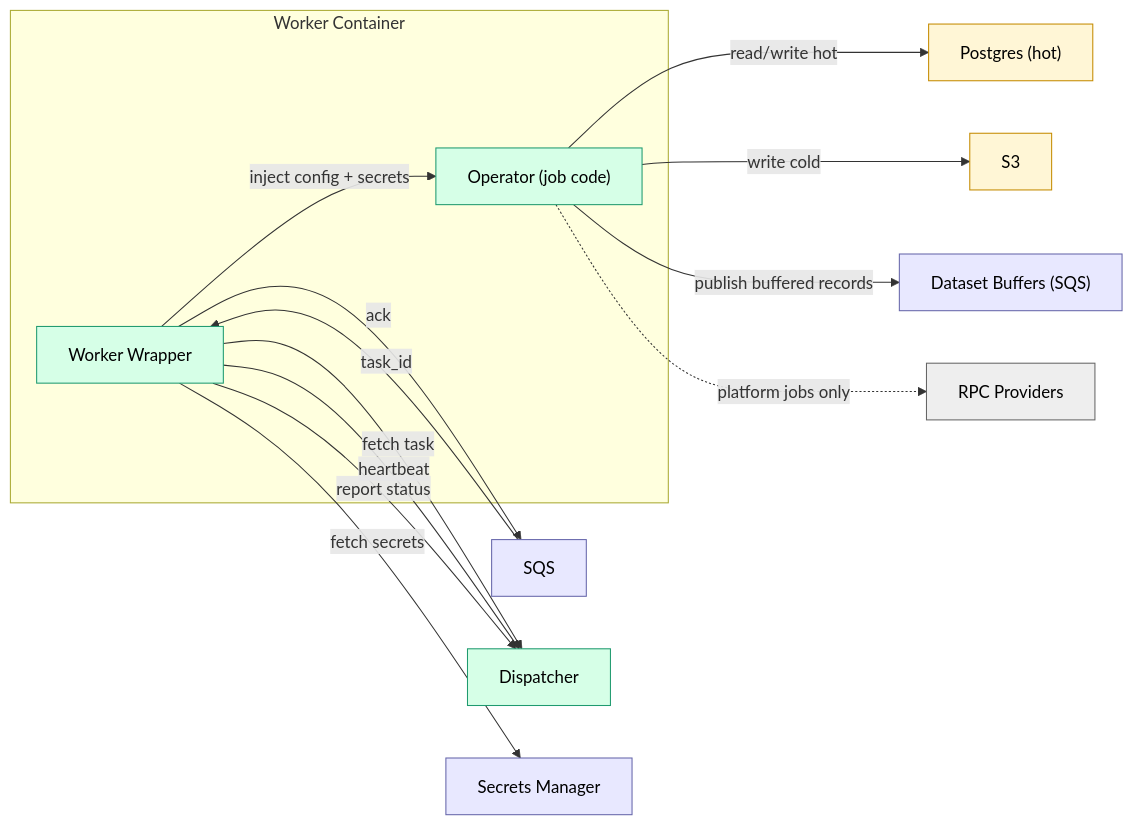
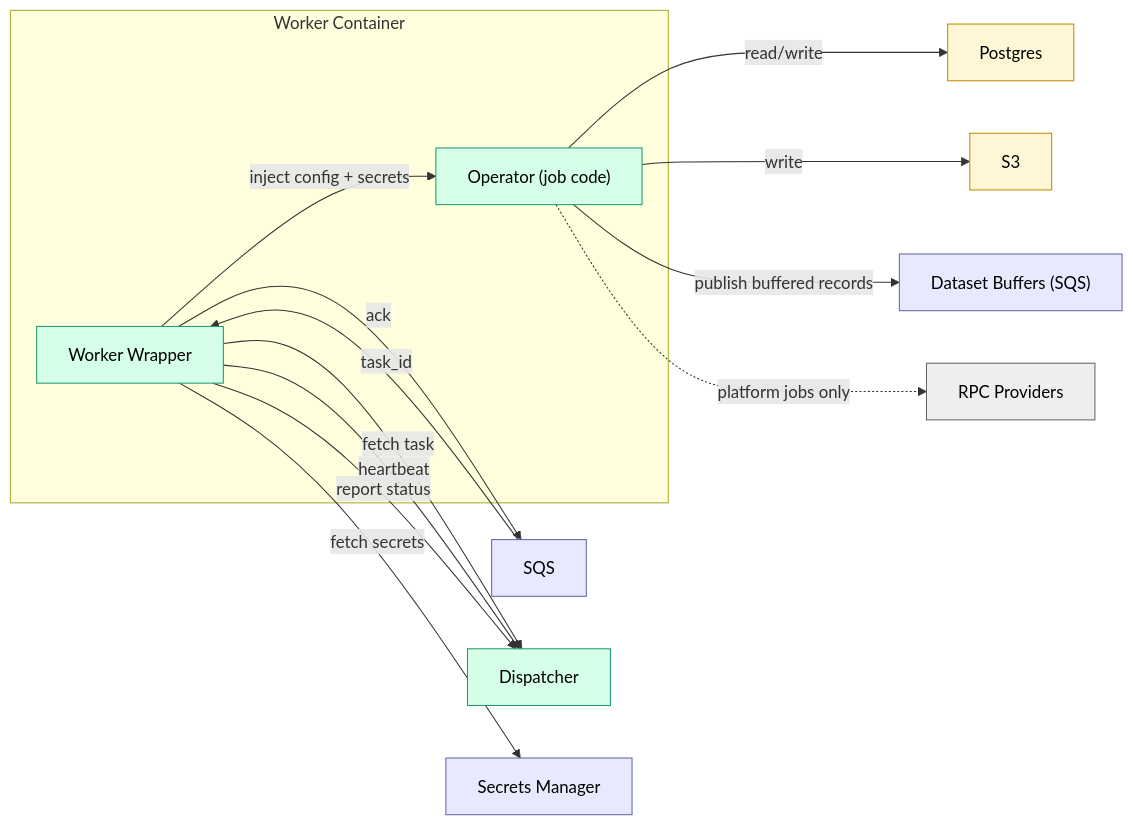
One commit to c7121/trace changed the fifth of 6 diagrams in docs/readme.md. Above: the diagram before and after it, drawn with Mermaid. The commit also changed other lines of this file and 1 other file, not shown here.

Commit message:
diagram grouping

````diff
--- a/docs/readme.md
+++ b/docs/readme.md
@@ -290,34 +294,34 @@
 ```mermaid
 flowchart LR
     subgraph Worker["Worker Container"]
         wrapper["Worker Wrapper"]:::component
         operator["Operator (job code)"]:::component
     end
 
     sqs["SQS"]:::infra
     buffers["Dataset Buffers (SQS)"]:::infra
     dispatcher["Dispatcher"]:::component
-    postgres_hot["Postgres (hot)"]:::database
+    postgres["Postgres"]:::database
     s3["S3"]:::database
     secrets["Secrets Manager"]:::infra
     rpc["RPC Providers"]:::ext
 
     sqs -->|task_id| wrapper
     wrapper -->|fetch task| dispatcher
     wrapper -->|fetch secrets| secrets
     wrapper -->|inject config + secrets| operator
     wrapper -->|heartbeat| dispatcher
     
-    operator -->|read/write hot| postgres_hot
-    operator -->|write cold| s3
+    operator -->|read/write| postgres
+    operator -->|write| s3
     operator -->|publish buffered records| buffers
     operator -.->|platform jobs only| rpc
     
     wrapper -->|report status| dispatcher
     wrapper -->|ack| sqs
 
     classDef component fill:#d6ffe7,stroke:#1f9a6f,color:#000;
     classDef infra fill:#e8e8ff,stroke:#6666aa,color:#000;
     classDef database fill:#fff6d6,stroke:#c58b00,color:#000;
     classDef ext fill:#eee,stroke:#666,color:#000;
 ```
````
